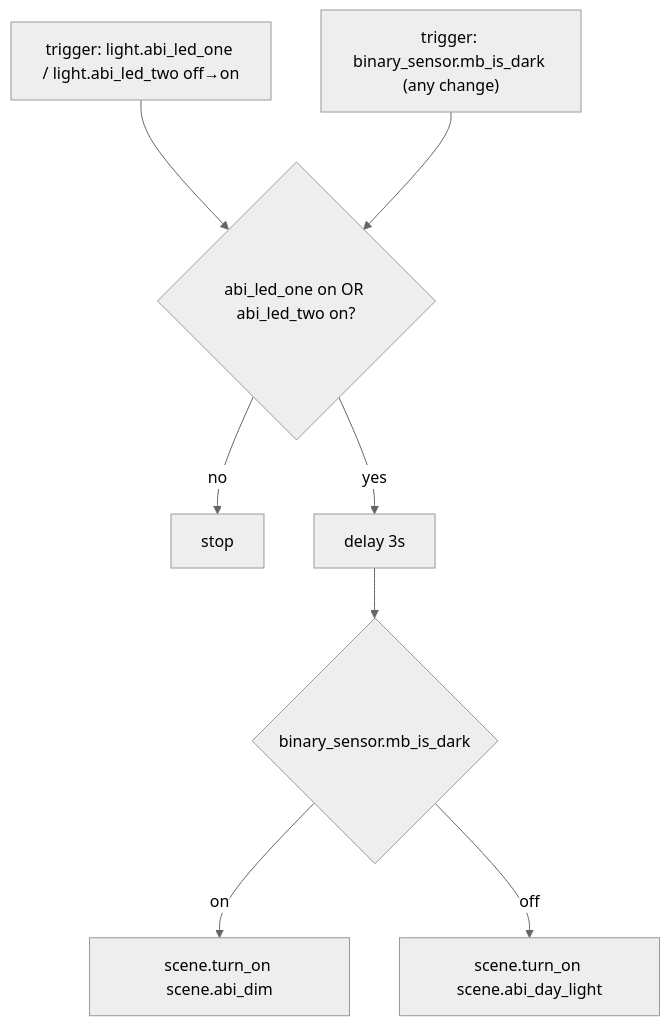
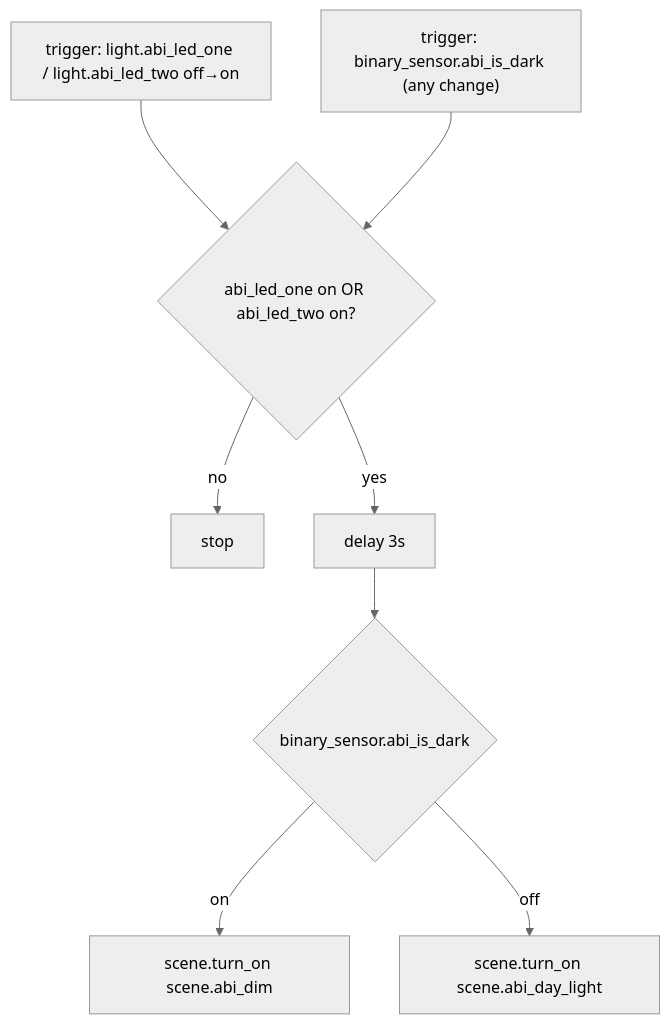
Before and after one commit to nerami/terminus-config: the diagram in docs/automations/abi.md, drawn with Mermaid (neutral theme). The commit also changed other lines of this file and 6 other files, not shown here.

````diff
--- a/docs/automations/abi.md
+++ b/docs/automations/abi.md
@@ -15,13 +17,13 @@
 ```mermaid
 flowchart TD
     T1["trigger: light.abi_led_one / light.abi_led_two off→on"]
-    T2["trigger: binary_sensor.mb_is_dark (any change)"]
+    T2["trigger: binary_sensor.abi_is_dark (any change)"]
     T1 --> C
     T2 --> C
     C{"abi_led_one on OR abi_led_two on?"}
     C -- no --> X["stop"]
     C -- yes --> D["delay 3s"]
-    D --> S{"binary_sensor.mb_is_dark"}
+    D --> S{"binary_sensor.abi_is_dark"}
     S -- on --> DIM["scene.turn_on scene.abi_dim"]
     S -- off --> DAY["scene.turn_on scene.abi_day_light"]
 ```
````
